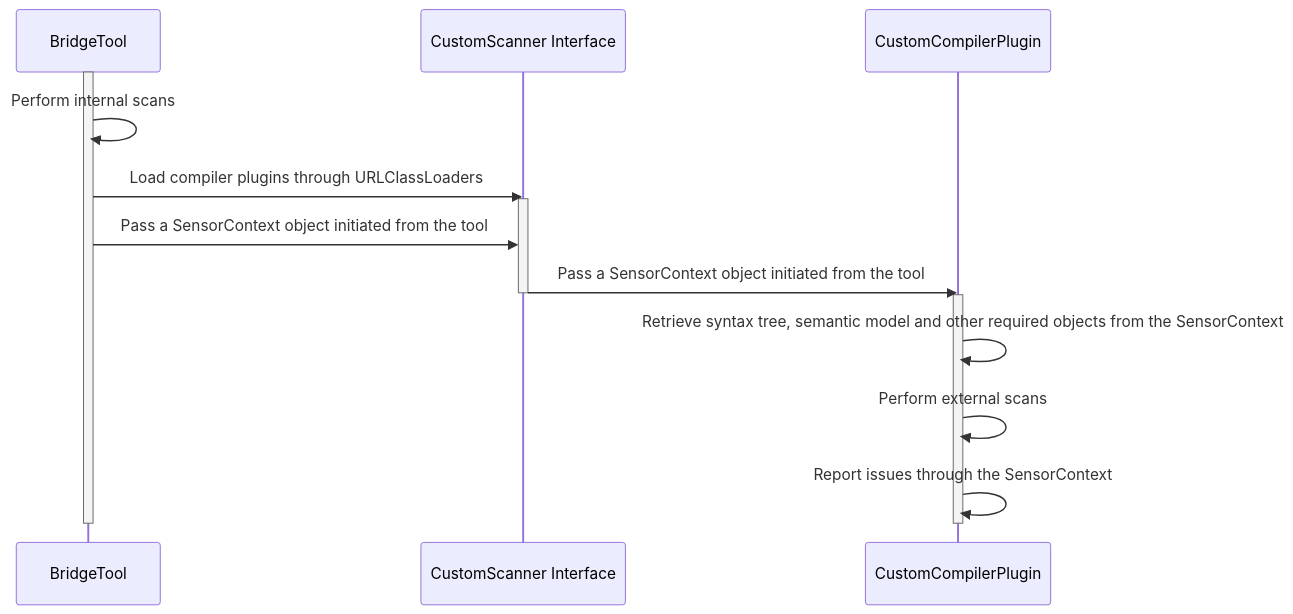
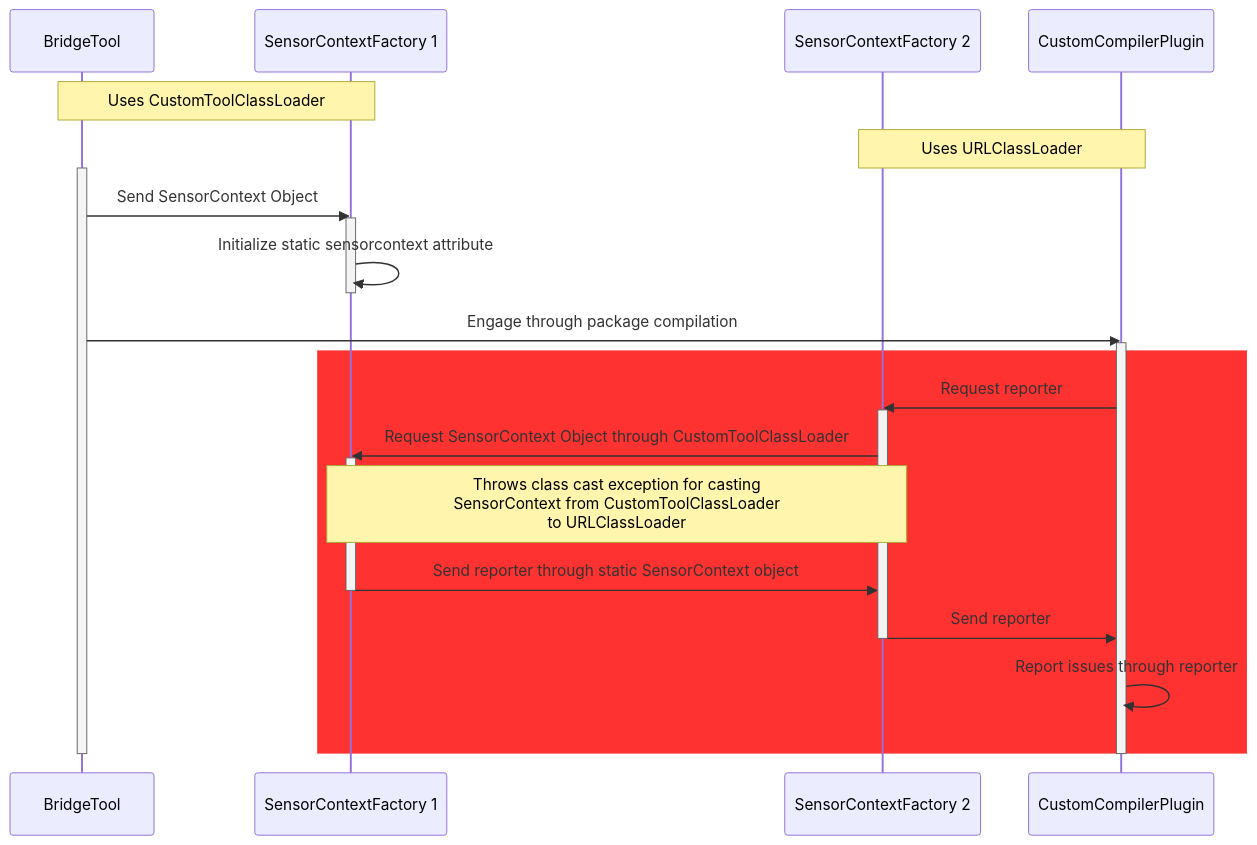
The diagram in README.md (Xenowa/ballerina-tool-extension-methods), drawn with Mermaid before and after one commit. The commit also changed other lines of this file and 7 other files, not shown here.

````diff
--- a/README.md
+++ b/README.md
@@ -3,19 +3,30 @@
 ```mermaid
 sequenceDiagram
     participant BridgeTool
-    participant CustomScanner Interface
+    participant SensorContextFactory 1
+    note over BridgeTool, SensorContextFactory 1: Uses CustomToolClassLoader
+    participant SensorContextFactory 2
     participant CustomCompilerPlugin
+    note over SensorContextFactory 2, CustomCompilerPlugin: Uses URLClassLoader
     activate BridgeTool
-    BridgeTool ->> BridgeTool: Perform internal scans
-    BridgeTool ->> CustomScanner Interface: Load compiler plugins through URLClassLoaders
-    activate CustomScanner Interface
-    BridgeTool ->> CustomScanner Interface: Pass a SensorContext object initiated from the tool
-    CustomScanner Interface ->> CustomCompilerPlugin: Pass a SensorContext object initiated from the tool
-    deactivate CustomScanner Interface
+    BridgeTool ->> SensorContextFactory 1: Send SensorContext Object
+    activate SensorContextFactory 1
+    SensorContextFactory 1 ->> SensorContextFactory 1: Initialize static sensorcontext attribute
+    deactivate SensorContextFactory 1
+    BridgeTool ->> CustomCompilerPlugin: Engage through package compilation
     activate CustomCompilerPlugin
-    CustomCompilerPlugin ->> CustomCompilerPlugin: Retrieve syntax tree, semantic model and other required objects from the SensorContext
-    CustomCompilerPlugin ->> CustomCompilerPlugin: Perform external scans
-    CustomCompilerPlugin ->> CustomCompilerPlugin: Report issues through the SensorContext
+    rect rgb(255, 50, 50)
+        CustomCompilerPlugin ->> SensorContextFactory 2: Request reporter
+        activate SensorContextFactory 2
+        SensorContextFactory 2 ->> SensorContextFactory 1: Request SensorContext Object through CustomToolClassLoader
+        activate SensorContextFactory 1
+        note over SensorContextFactory 1, SensorContextFactory 2: Throws class cast exception for casting <br> SensorContext from CustomToolClassLoader <br> to URLClassLoader
+        SensorContextFactory 1 ->> SensorContextFactory 2: Send reporter through static SensorContext object
+        deactivate SensorContextFactory 1
+        SensorContextFactory 2 ->> CustomCompilerPlugin: Send reporter
+        deactivate SensorContextFactory 2
+        CustomCompilerPlugin ->> CustomCompilerPlugin: Report issues through reporter
+    end
     deactivate CustomCompilerPlugin
     deactivate BridgeTool
 ```
````
